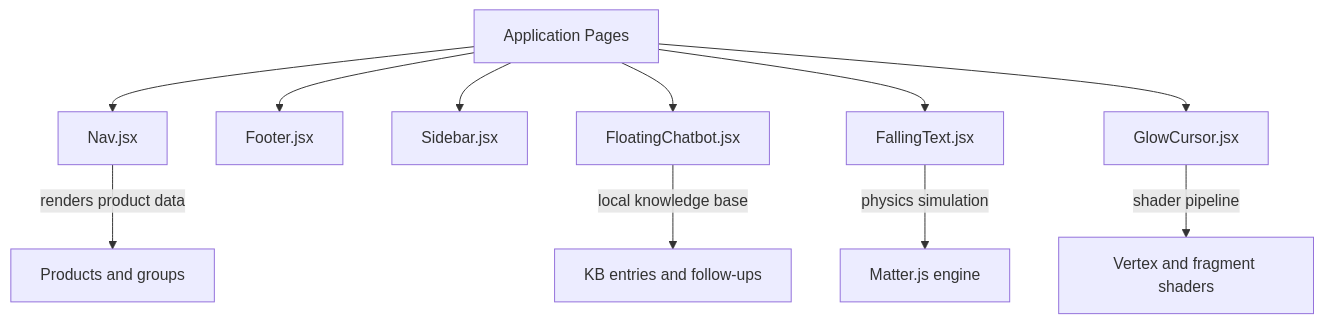
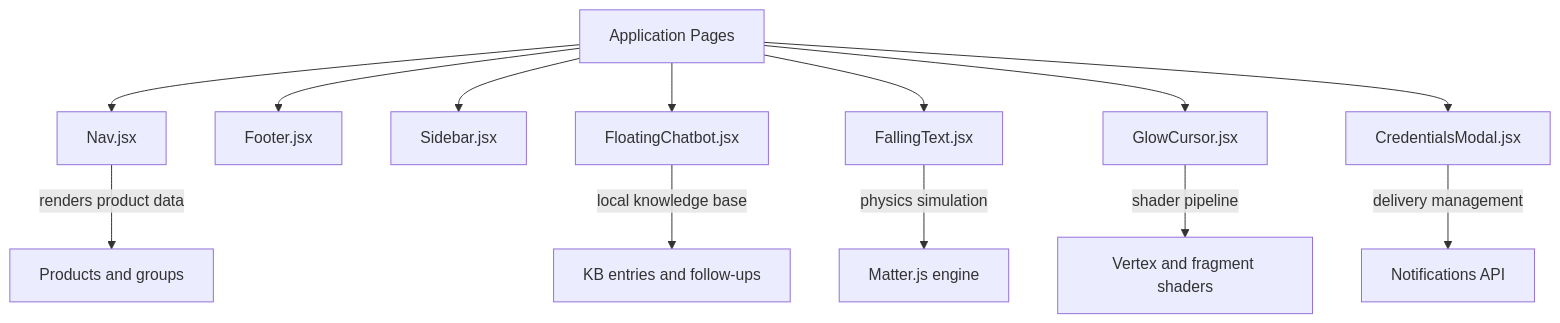
One commit to imcbsglobal/TRELLISCO_ERP_FRONTEND changed the second of 8 diagrams in .qoder/repowiki/en/content/Component Library/Component Library.md. Above: the diagram before and after it, drawn with Mermaid. The commit also changed other lines of this file and 35 other files, not shown here.

````diff
--- a/.qoder/repowiki/en/content/Component Library/Component Library.md
+++ b/.qoder/repowiki/en/content/Component Library/Component Library.md
@@ -105,20 +125,23 @@
 ```mermaid
 graph TB
 Page["Application Pages"]
 NavComp["Nav.jsx"]
 FooterComp["Footer.jsx"]
 SidebarComp["Sidebar.jsx"]
 ChatComp["FloatingChatbot.jsx"]
 FallComp["FallingText.jsx"]
 GlowComp["GlowCursor.jsx"]
+CredComp["CredentialsModal.jsx"]
 Page --> NavComp
 Page --> FooterComp
 Page --> SidebarComp
 Page --> ChatComp
 Page --> FallComp
 Page --> GlowComp
+Page --> CredComp
 NavComp --> |"renders product data"| ProductData["Products and groups"]
 ChatComp --> |"local knowledge base"| KB["KB entries and follow-ups"]
 FallComp --> |"physics simulation"| Physics["Matter.js engine"]
 GlowComp --> |"shader pipeline"| Shaders["Vertex and fragment shaders"]
+CredComp --> |"delivery management"| DeliveryAPI["Notifications API"]
 ```
````
